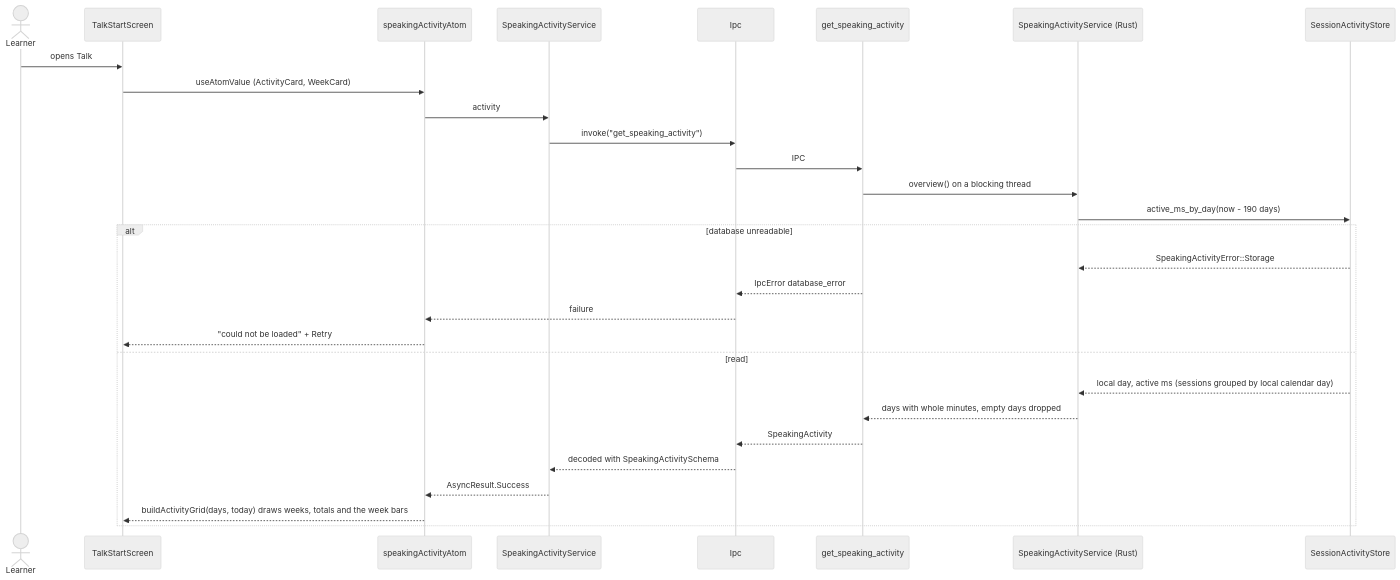
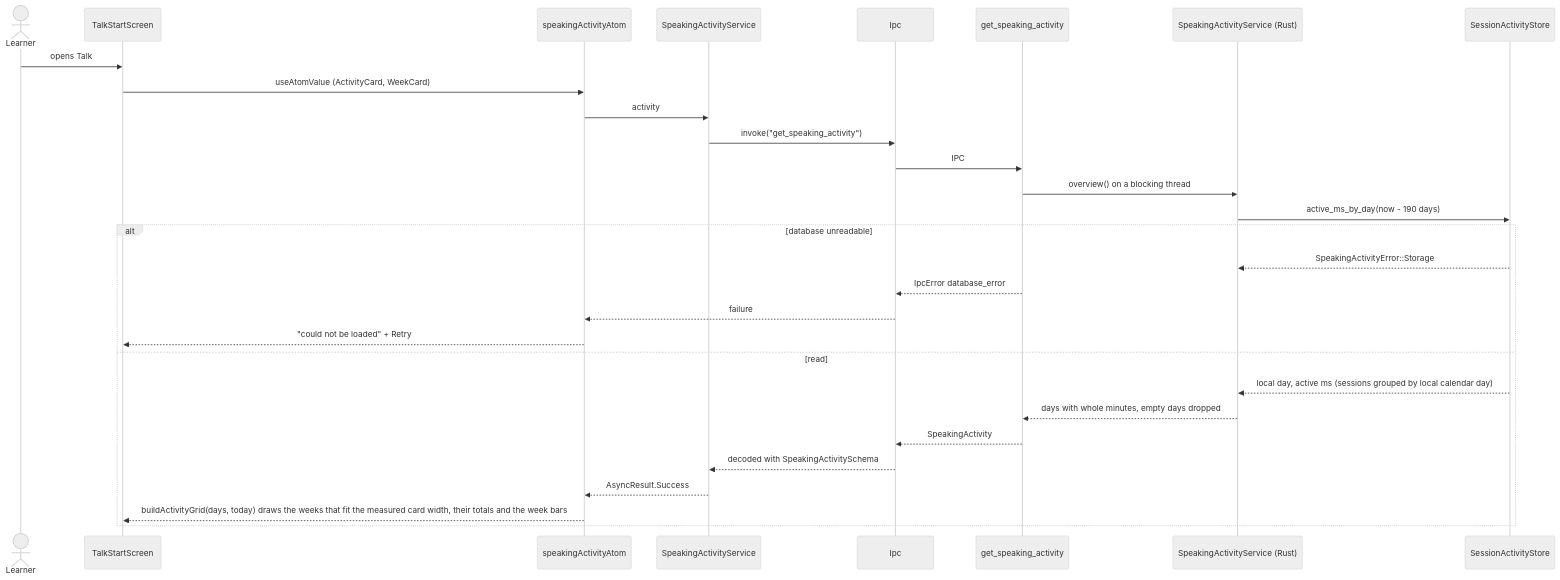
One commit to oleksii-latyshev/english-trainer changed the first of 2 diagrams in src/features/speaking-activity/flow.md. Above: the diagram before and after it, drawn with Mermaid (neutral theme). The commit also changed other lines of this file and 5 other files, not shown here.

First line of the commit message:
fix(ui): speaking activity fits its card and ends with this week (#151)

````diff
--- a/src/features/speaking-activity/flow.md
+++ b/src/features/speaking-activity/flow.md
@@ -10,32 +11,32 @@
 ```mermaid
 sequenceDiagram
     actor Learner
     participant Screen as TalkStartScreen
     participant Atom as speakingActivityAtom
     participant Service as SpeakingActivityService
     participant Ipc
     participant Command as get_speaking_activity
     participant Rust as SpeakingActivityService (Rust)
     participant Store as SessionActivityStore
 
     Learner->>Screen: opens Talk
     Screen->>Atom: useAtomValue (ActivityCard, WeekCard)
     Atom->>Service: activity
     Service->>Ipc: invoke("get_speaking_activity")
     Ipc->>Command: IPC
     Command->>Rust: overview() on a blocking thread
     Rust->>Store: active_ms_by_day(now - 190 days)
     alt database unreadable
         Store-->>Rust: SpeakingActivityError::Storage
         Command-->>Ipc: IpcError database_error
         Ipc-->>Atom: failure
         Atom-->>Screen: "could not be loaded" + Retry
     else read
         Store-->>Rust: local day, active ms (sessions grouped by local calendar day)
         Rust-->>Command: days with whole minutes, empty days dropped
         Command-->>Ipc: SpeakingActivity
         Ipc-->>Service: decoded with SpeakingActivitySchema
         Service-->>Atom: AsyncResult.Success
-        Atom-->>Screen: buildActivityGrid(days, today) draws weeks, totals and the week bars
+        Atom-->>Screen: buildActivityGrid(days, today) draws the weeks that fit the measured card width, their totals and the week bars
     end
 ```
````
